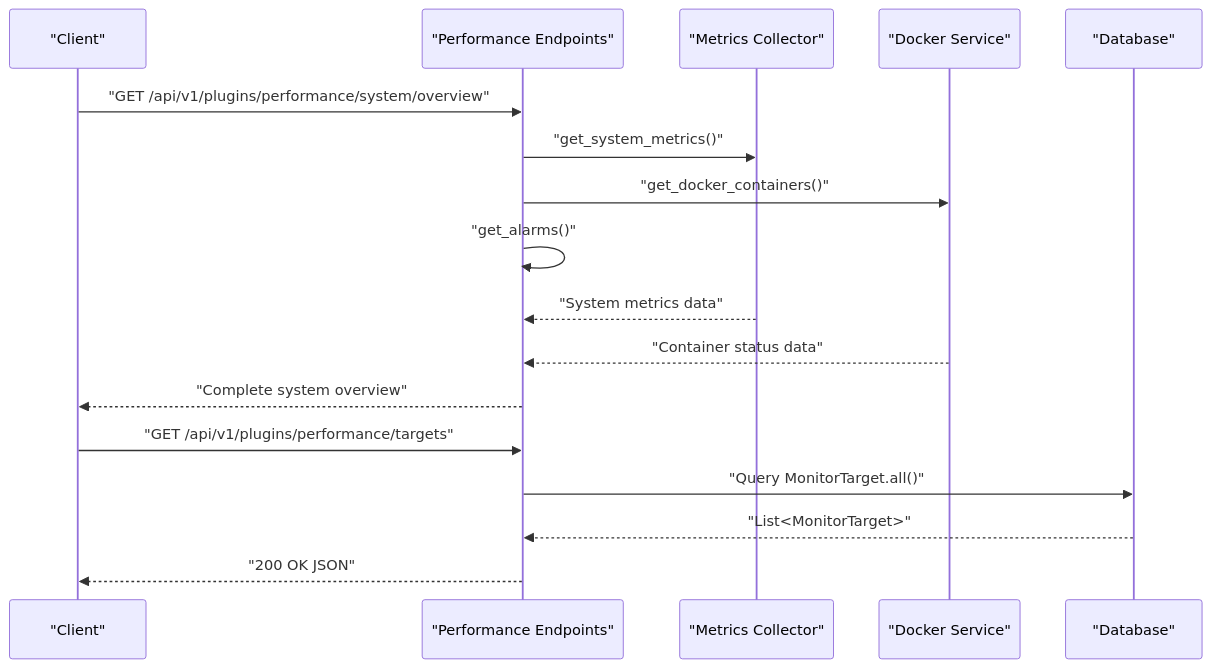
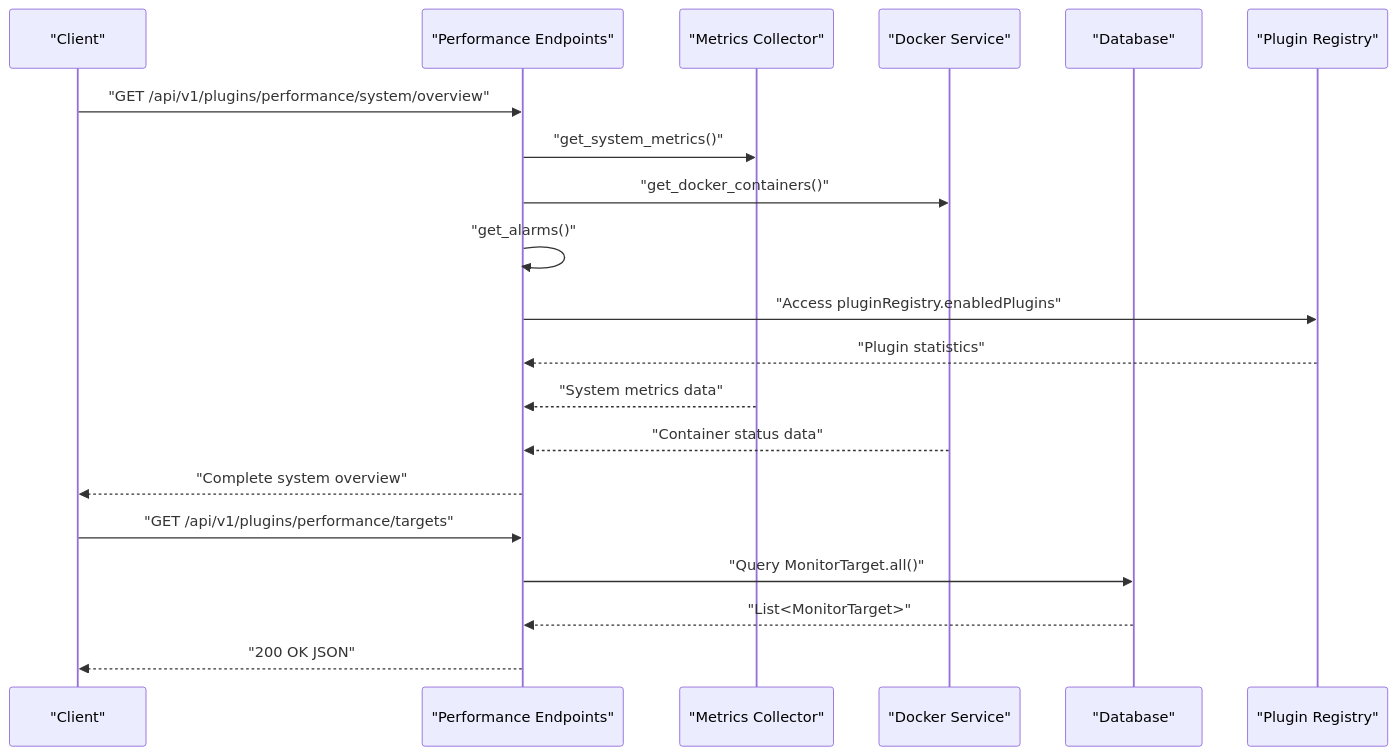
One commit to Nikita5543/New-SSO-02 changed the ninth of 11 diagrams in .qoder/repowiki/en/content/Built-in Plugins/Performance Plugin.md. Above: the diagram before and after it, drawn with Mermaid. The commit also changed other lines of this file and 3 other files, not shown here.

````diff
--- a/.qoder/repowiki/en/content/Built-in Plugins/Performance Plugin.md
+++ b/.qoder/repowiki/en/content/Built-in Plugins/Performance Plugin.md
@@ -408,19 +420,22 @@
 ```mermaid
 sequenceDiagram
 participant Client as "Client"
 participant API as "Performance Endpoints"
 participant Metrics as "Metrics Collector"
 participant Docker as "Docker Service"
 participant DB as "Database"
+participant Registry as "Plugin Registry"
 Client->>API : "GET /api/v1/plugins/performance/system/overview"
 API->>Metrics : "get_system_metrics()"
 API->>Docker : "get_docker_containers()"
 API->>API : "get_alarms()"
+API->>Registry : "Access pluginRegistry.enabledPlugins"
+Registry-->>API : "Plugin statistics"
 Metrics-->>API : "System metrics data"
 Docker-->>API : "Container status data"
 API-->>Client : "Complete system overview"
 Client->>API : "GET /api/v1/plugins/performance/targets"
 API->>DB : "Query MonitorTarget.all()"
 DB-->>API : "List<MonitorTarget>"
 API-->>Client : "200 OK JSON"
 ```
````
